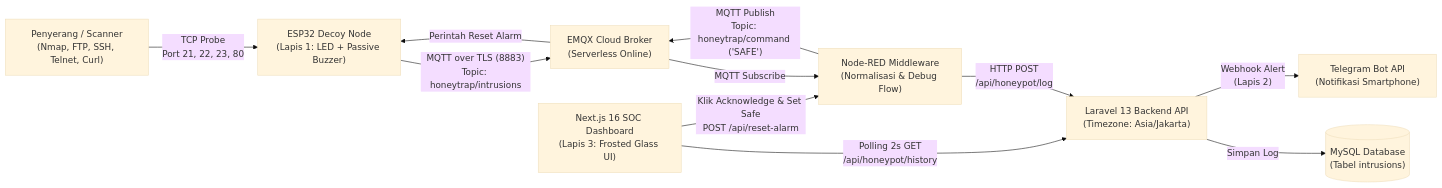
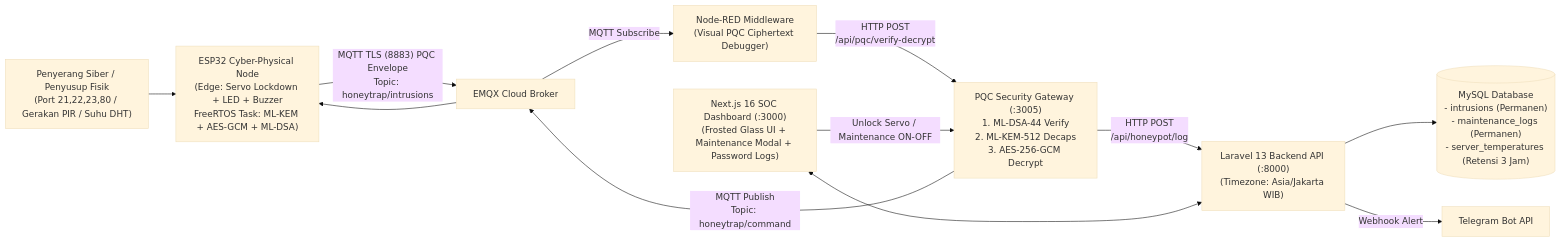
One commit to Opy-ka/honeytrap-iot changed the diagram in prd.md. Above: the diagram before and after it, drawn with Mermaid (base theme). The commit also changed other lines of this file and 9 other files, not shown here.

````diff
--- a/prd.md
+++ b/prd.md
@@ -27,13 +28,14 @@
 ```mermaid
 flowchart LR
-    ATK["Penyerang / Scanner\n(Nmap, FTP, SSH, Telnet, Curl)"] -- "TCP Probe\nPort 21, 22, 23, 80" --> ESP["ESP32 Decoy Node\n(Lapis 1: LED + Passive Buzzer)"]
-    ESP -- "MQTT over TLS (8883)\nTopic: honeytrap/intrusions" --> EMQX["EMQX Cloud Broker\n(Serverless Online)"]
-    EMQX -- "MQTT Subscribe" --> NR["Node-RED Middleware\n(Normalisasi & Debug Flow)"]
-    NR -- "HTTP POST\n/api/honeypot/log" --> LRV["Laravel 13 Backend API\n(Timezone: Asia/Jakarta)"]
-    LRV -- "Simpan Log" --> DB[("MySQL Database\n(Tabel intrusions)")]
-    LRV -- "Webhook Alert\n(Lapis 2)" --> TG["Telegram Bot API\n(Notifikasi Smartphone)"]
-    NEXT["Next.js 16 SOC Dashboard\n(Lapis 3: Frosted Glass UI)"] -- "Polling 2s GET\n/api/honeypot/history" --> LRV
-    NEXT -- "Klik Acknowledge & Set Safe\nPOST /api/reset-alarm" --> NR
-    NR -- "MQTT Publish\nTopic: honeytrap/command ('SAFE')" --> EMQX
-    EMQX -- "Perintah Reset Alarm" --> ESP
+    ATK["Penyerang Siber / Penyusup Fisik\n(Port 21,22,23,80 / Gerakan PIR / Suhu DHT)"] --> ESP["ESP32 Cyber-Physical Node\n(Edge: Servo Lockdown + LED + Buzzer\nFreeRTOS Task: ML-KEM + AES-GCM + ML-DSA)"]
+    ESP -- "MQTT TLS (8883) PQC Envelope\nTopic: honeytrap/intrusions" --> EMQX["EMQX Cloud Broker"]
+    EMQX -- "MQTT Subscribe" --> NR["Node-RED Middleware\n(Visual PQC Ciphertext Debugger)"]
+    NR -- "HTTP POST\n/api/pqc/verify-decrypt" --> PQC["PQC Security Gateway (:3005)\n1. ML-DSA-44 Verify\n2. ML-KEM-512 Decaps\n3. AES-256-GCM Decrypt"]
+    PQC -- "HTTP POST\n/api/honeypot/log" --> LRV["Laravel 13 Backend API (:8000)\n(Timezone: Asia/Jakarta WIB)"]
+    LRV --> DB[("MySQL Database\n- intrusions (Permanen)\n- maintenance_logs (Permanen)\n- server_temperatures (Retensi 3 Jam)")]
+    LRV -- "Webhook Alert" --> TG["Telegram Bot API"]
+    NEXT["Next.js 16 SOC Dashboard (:3000)\n(Frosted Glass UI + Maintenance Modal + Password Logs)"] <--> LRV
+    NEXT -- "Unlock Servo / Maintenance ON-OFF" --> PQC
+    PQC -- "MQTT Publish\nTopic: honeytrap/command" --> EMQX
+    EMQX --> ESP
 ```
````
